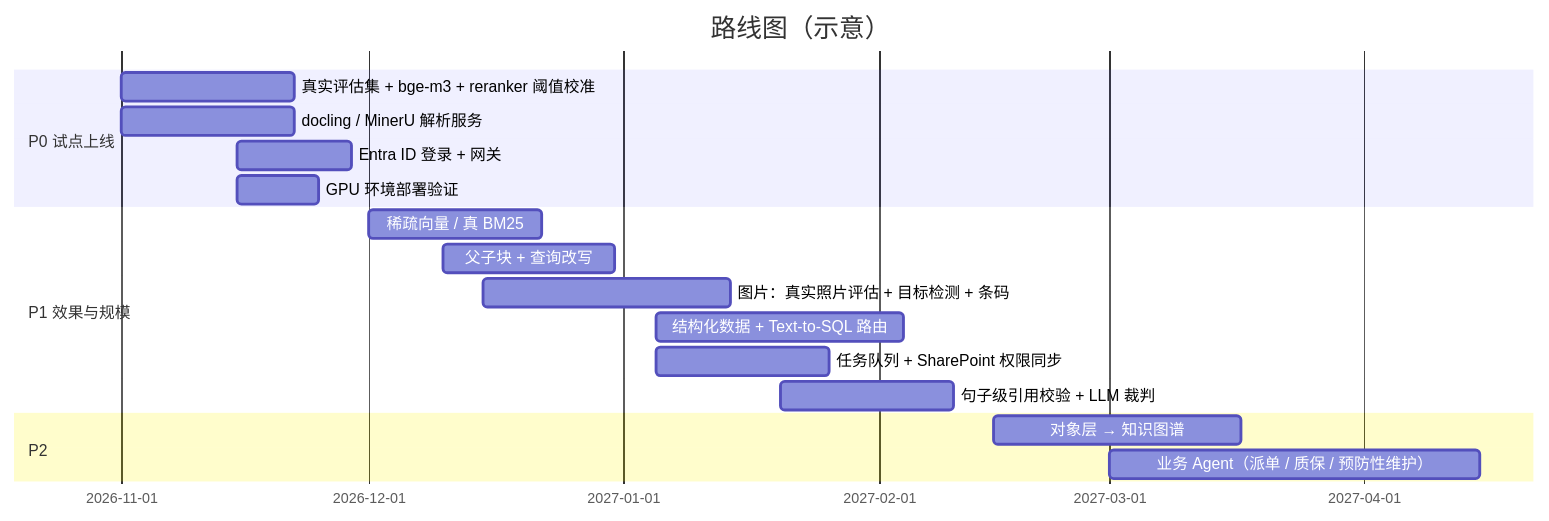
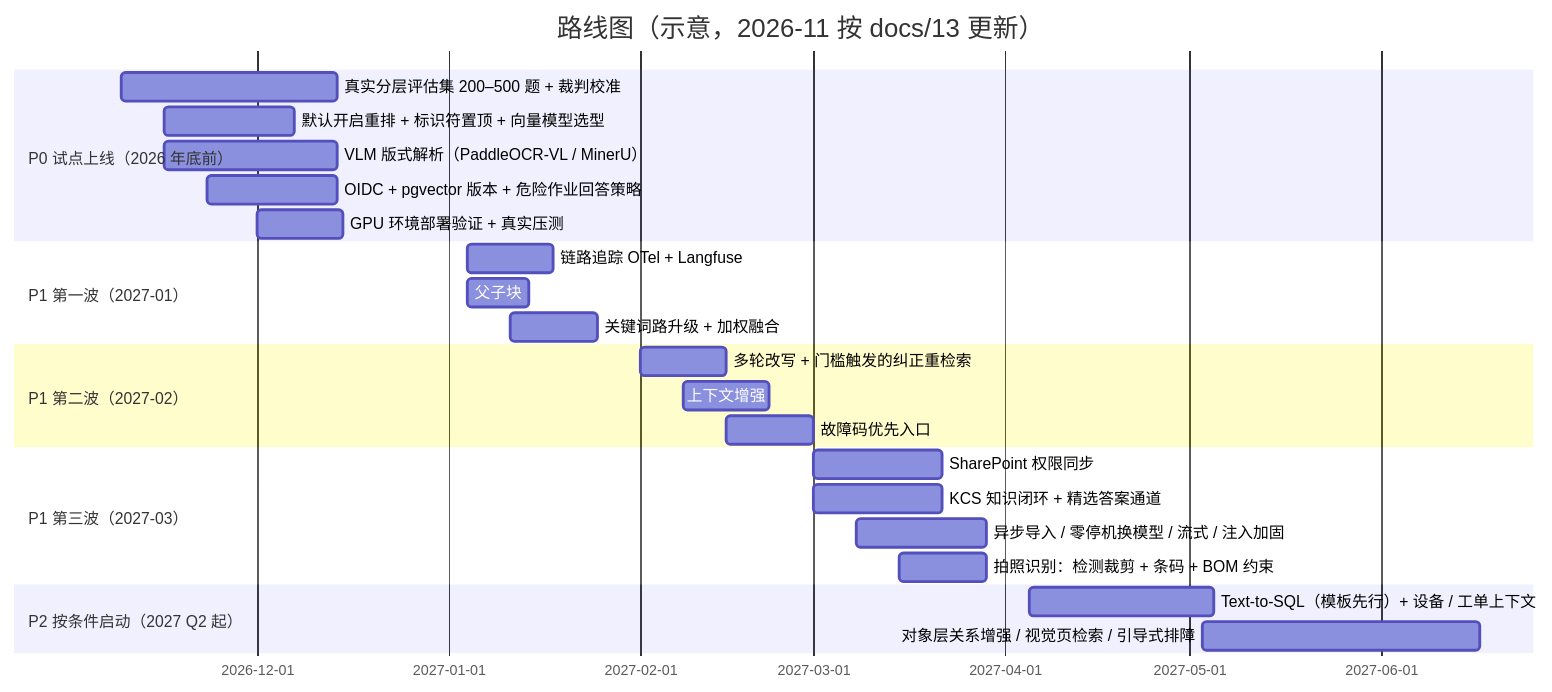
Before and after one commit to HenryVarro666/servicekb-rag: the first of 2 diagrams in docs/08_limitations_roadmap.md, drawn with Mermaid. The commit also changed other lines of this file and 4 other files, not shown here.

````diff
--- a/docs/08_limitations_roadmap.md
+++ b/docs/08_limitations_roadmap.md
@@ -57,20 +70,27 @@
 ```mermaid
 gantt
     dateFormat  YYYY-MM-DD
-    title 路线图（示意）
-    section P0 试点上线
-    真实评估集 + bge-m3 + reranker 阈值校准 :p0a, 2026-11-01, 21d
-    docling / MinerU 解析服务               :p0b, 2026-11-01, 21d
-    Entra ID 登录 + 网关                     :p0c, 2026-11-15, 14d
-    GPU 环境部署验证                         :p0d, 2026-11-15, 10d
-    section P1 效果与规模
-    稀疏向量 / 真 BM25                       :p1a, 2026-12-01, 21d
-    父子块 + 查询改写                         :p1b, 2026-12-10, 21d
-    图片：真实照片评估 + 目标检测 + 条码      :p1c, 2026-12-15, 30d
-    结构化数据 + Text-to-SQL 路由            :p1d, 2027-01-05, 30d
-    任务队列 + SharePoint 权限同步           :p1e, 2027-01-05, 21d
-    句子级引用校验 + LLM 裁判                 :p1f, 2027-01-20, 21d
-    section P2
-    对象层 → 知识图谱                         :p2a, 2027-02-15, 30d
-    业务 Agent（派单 / 质保 / 预防性维护）    :p2b, 2027-03-01, 45d
+    title 路线图（示意，2026-11 按 docs/13 更新）
+    section P0 试点上线（2026 年底前）
+    真实分层评估集 200–500 题 + 裁判校准       :p0a, 2026-11-09, 35d
+    默认开启重排 + 标识符置顶 + 向量模型选型   :p0b, 2026-11-16, 21d
+    VLM 版式解析（PaddleOCR-VL / MinerU）      :p0c, 2026-11-16, 28d
+    OIDC + pgvector 版本 + 危险作业回答策略    :p0d, 2026-11-23, 21d
+    GPU 环境部署验证 + 真实压测                :p0e, 2026-12-01, 14d
+    section P1 第一波（2027-01）
+    链路追踪 OTel + Langfuse                   :p1a, 2027-01-04, 14d
+    父子块                                     :p1b, 2027-01-04, 10d
+    关键词路升级 + 加权融合                    :p1c, 2027-01-11, 14d
+    section P1 第二波（2027-02）
+    多轮改写 + 门槛触发的纠正重检索            :p1d, 2027-02-01, 14d
+    上下文增强                                 :p1e, 2027-02-08, 14d
+    故障码优先入口                             :p1f, 2027-02-15, 14d
+    section P1 第三波（2027-03）
+    SharePoint 权限同步                        :p1g, 2027-03-01, 21d
+    KCS 知识闭环 + 精选答案通道                :p1h, 2027-03-01, 21d
+    异步导入 / 零停机换模型 / 流式 / 注入加固  :p1i, 2027-03-08, 21d
+    拍照识别：检测裁剪 + 条码 + BOM 约束       :p1j, 2027-03-15, 14d
+    section P2 按条件启动（2027 Q2 起）
+    Text-to-SQL（模板先行）+ 设备 / 工单上下文 :p2a, 2027-04-05, 30d
+    对象层关系增强 / 视觉页检索 / 引导式排障   :p2b, 2027-05-03, 45d
 ```
````
